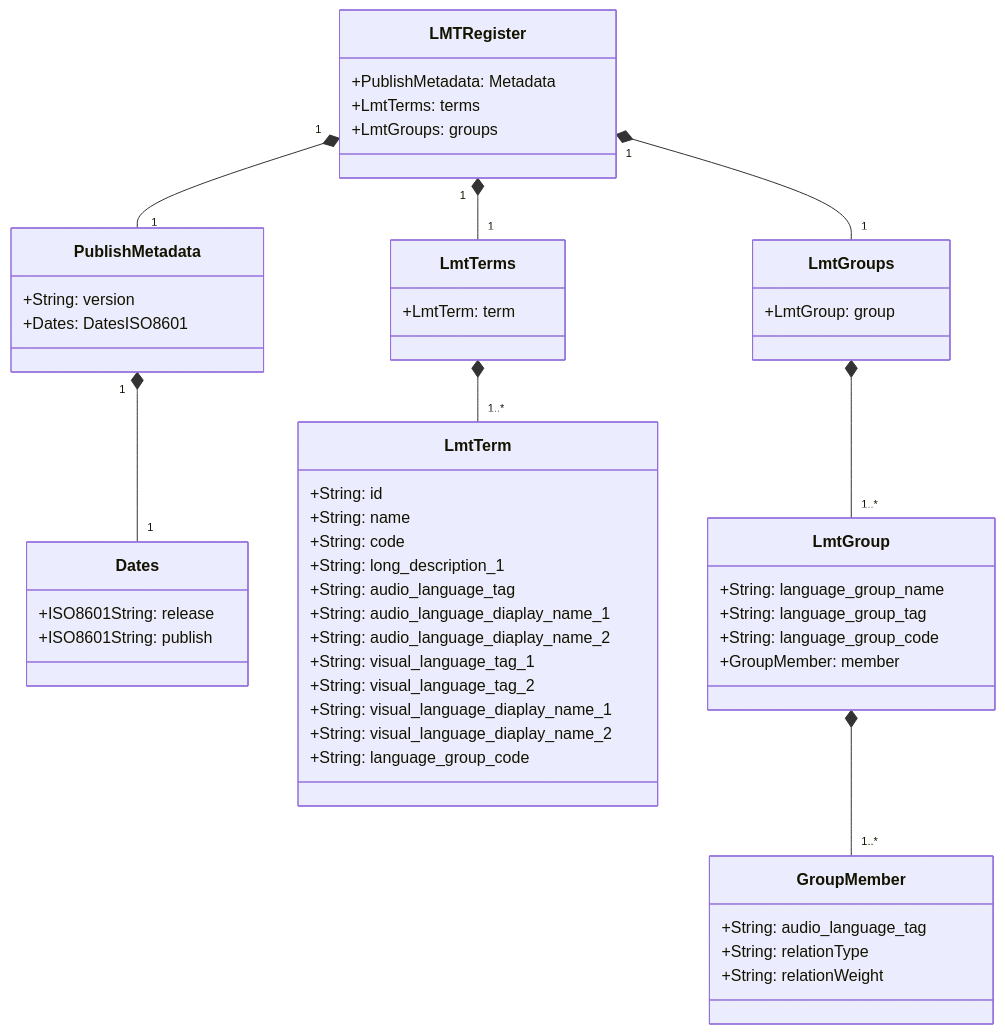
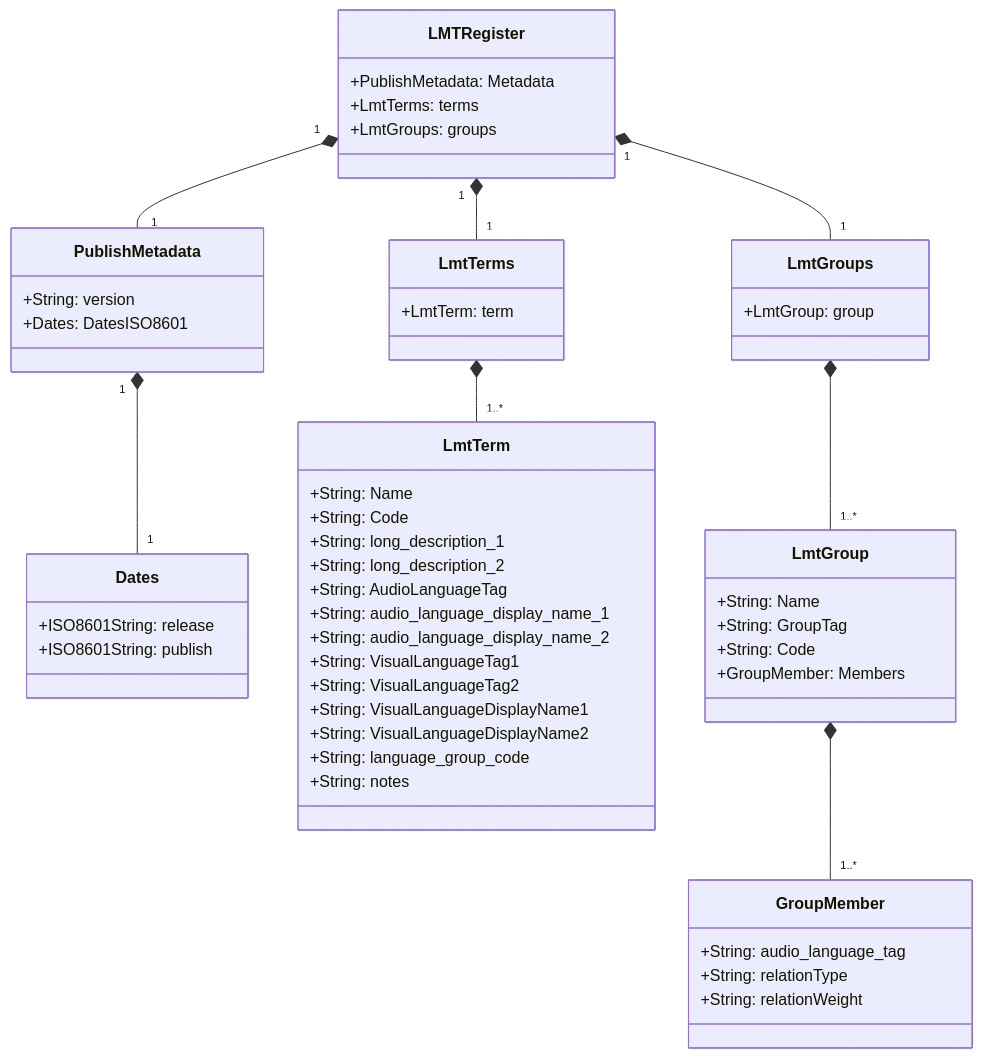
The diagram in src/figures/class-diagram.mermaid (mrmxf/lmt-control-doc), drawn with Mermaid before and after one commit.

Commit message:
added mermaid class diagram

```diff
--- a/src/figures/class-diagram.mermaid
+++ b/src/figures/class-diagram.mermaid
@@ -1,54 +1,55 @@
 classDiagram
     LMTRegister     "1"  *--  "1" PublishMetadata
     PublishMetadata "1"  *--  "1" Dates
     LMTRegister     "1"  *--  "1" LmtTerms
     LMTRegister     "1"  *--  "1" LmtGroups
 
     class LMTRegister{
       +PublishMetadata: Metadata
       +LmtTerms: terms
       +LmtGroups: groups
     }
     class PublishMetadata{
       +String: version
       +Dates: DatesISO8601
     }
     class Dates{
       +ISO8601String: release
       +ISO8601String: publish
     }
 
     LmtTerms      *--  "1..*" LmtTerm
     class LmtTerms{
       +LmtTerm: term
     }
     class LmtTerm{
-      +String: id
-      +String: name
-      +String: code
+      +String: Name
+      +String: Code
       +String: long_description_1
-      +String: audio_language_tag
-      +String: audio_language_diaplay_name_1
-      +String: audio_language_diaplay_name_2
-      +String: visual_language_tag_1
-      +String: visual_language_tag_2
-      +String: visual_language_diaplay_name_1
-      +String: visual_language_diaplay_name_2
+      +String: long_description_2
+      +String: AudioLanguageTag
+      +String: audio_language_display_name_1
+      +String: audio_language_display_name_2
+      +String: VisualLanguageTag1
+      +String: VisualLanguageTag2
+      +String: VisualLanguageDisplayName1
+      +String: VisualLanguageDisplayName2
       +String: language_group_code
+      +String: notes
     }
     LmtGroups      *--  "1..*" LmtGroup
     class LmtGroups{
       +LmtGroup: group
     }
     LmtGroup      *--  "1..*" GroupMember
     class LmtGroup{
-      +String: language_group_name
-      +String: language_group_tag
-      +String: language_group_code
-      +GroupMember: member
+      +String: Name
+      +String: GroupTag
+      +String: Code
+      +GroupMember: Members
     }
     class GroupMember{
       +String: audio_language_tag
       +String: relationType
       +String: relationWeight
     }
```
